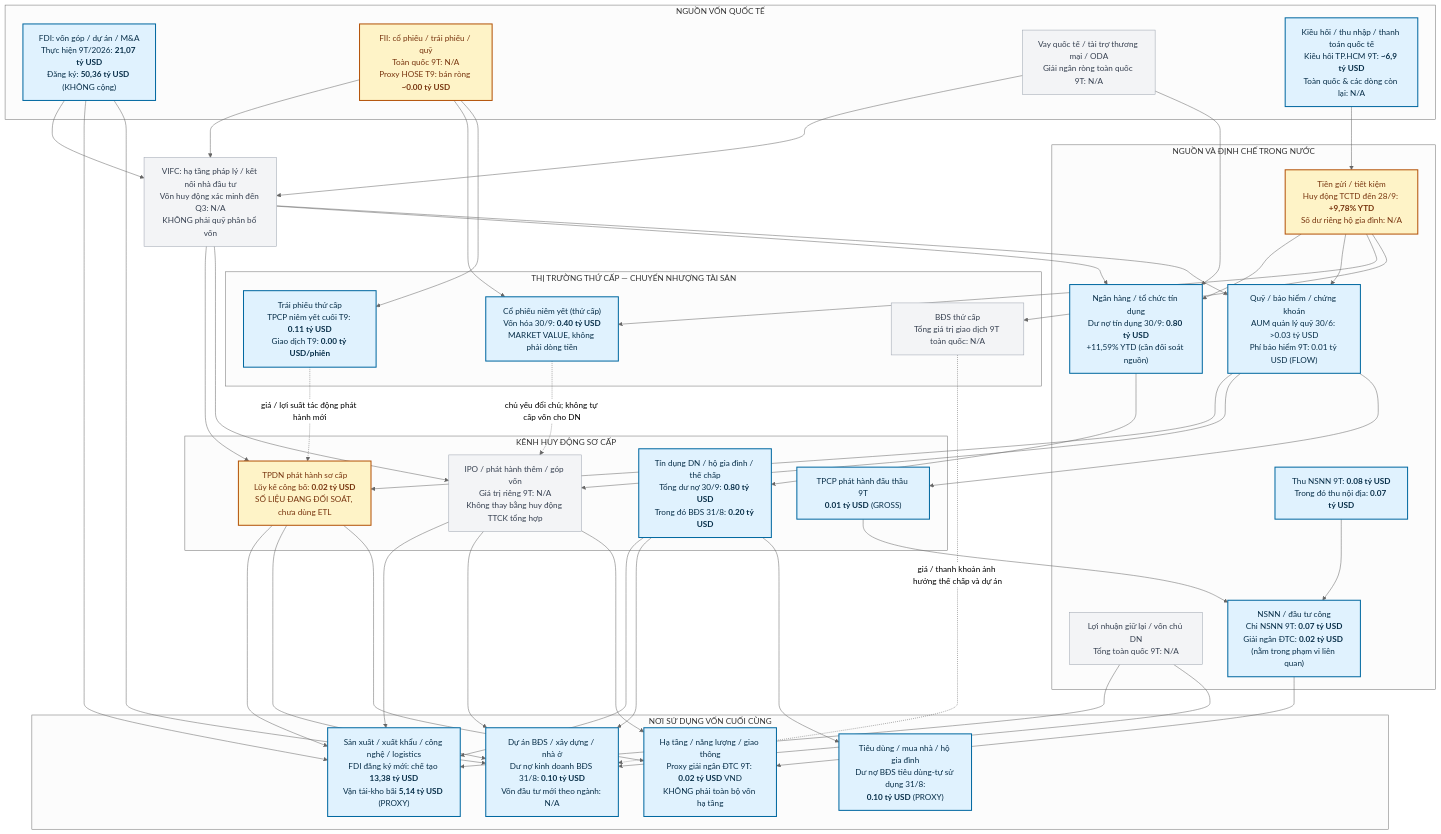
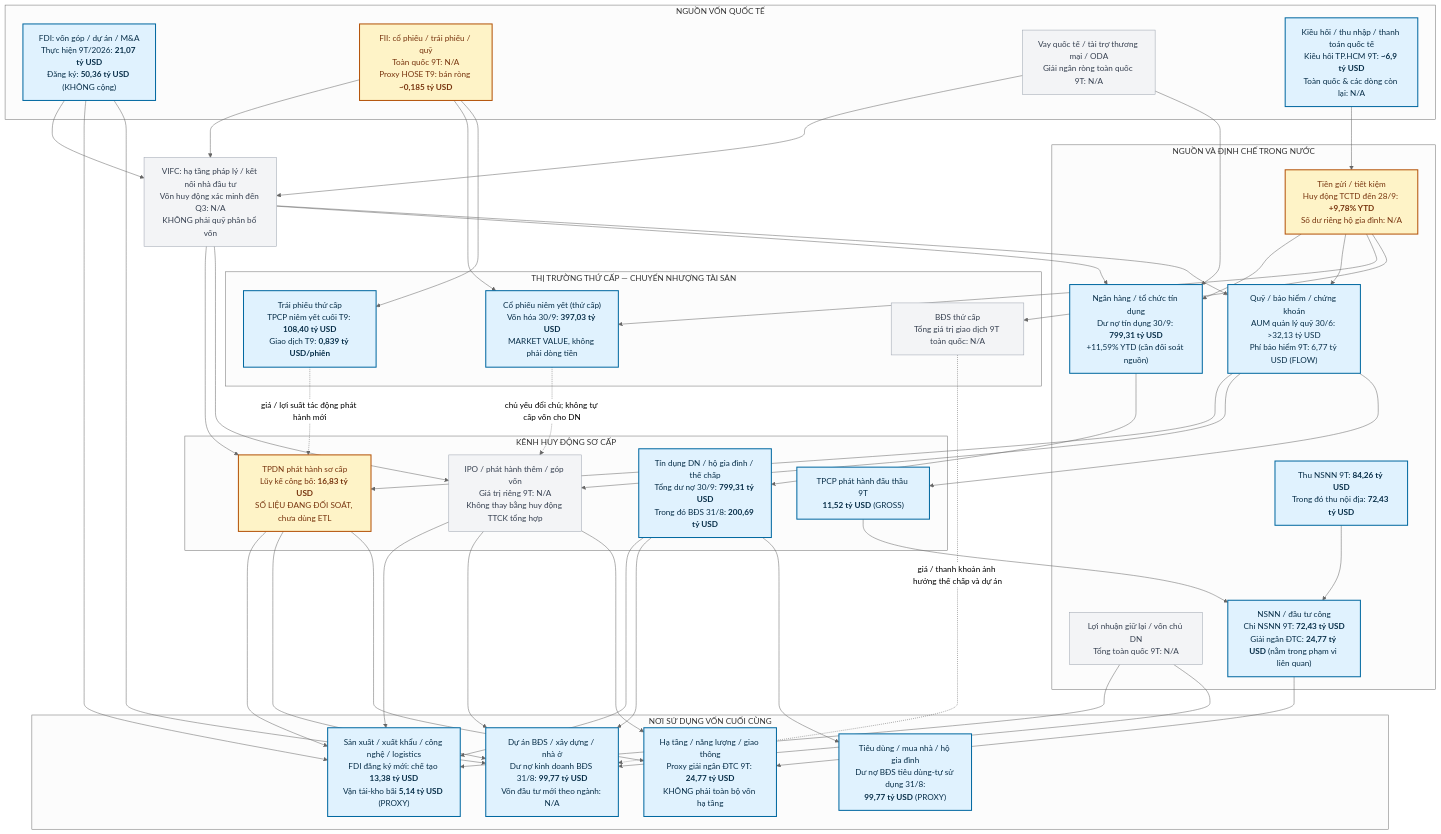
One commit to haithanh8x/CherryStock changed the diagram in docs/topics/Global_Vietnam_Macro/VN_CAPITAL_FLOW_MAP.md. Above: the diagram before and after it, drawn with Mermaid (neutral theme). The commit also changed other lines of this file, not shown here.

Commit message:
fix(macro): correct USD magnitude using 25,960 VND/USD and add FX methodology

````diff
--- a/docs/topics/Global_Vietnam_Macro/VN_CAPITAL_FLOW_MAP.md
+++ b/docs/topics/Global_Vietnam_Macro/VN_CAPITAL_FLOW_MAP.md
@@ -15,80 +15,80 @@
 ```mermaid
 %% Số tiền quy đổi sang USD theo 1 USD = 25.960 VND (30/09/2026)
 flowchart TB
   subgraph G["NGUỒN VỐN QUỐC TẾ"]
     FDI["FDI: vốn góp / dự án / M&A<br/>Thực hiện 9T/2026: <b>21,07 tỷ USD</b><br/>Đăng ký: <b>50,36 tỷ USD</b> (KHÔNG cộng)"]
-    FII["FII: cổ phiếu / trái phiếu / quỹ<br/>Toàn quốc 9T: N/A<br/>Proxy HOSE T9: bán ròng <b>~0.00 tỷ USD</b>"]
+    FII["FII: cổ phiếu / trái phiếu / quỹ<br/>Toàn quốc 9T: N/A<br/>Proxy HOSE T9: bán ròng <b>~0,185 tỷ USD</b>"]
     LOAN["Vay quốc tế / tài trợ thương mại / ODA<br/>Giải ngân ròng toàn quốc 9T: N/A"]
     REMIT["Kiều hối / thu nhập / thanh toán quốc tế<br/>Kiều hối TP.HCM 9T: <b>~6,9 tỷ USD</b><br/>Toàn quốc & các dòng còn lại: N/A"]
   end
   IFC["VIFC: hạ tầng pháp lý / kết nối nhà đầu tư<br/>Vốn huy động xác minh đến Q3: N/A<br/>KHÔNG phải quỹ phân bổ vốn"]
   subgraph D["NGUỒN VÀ ĐỊNH CHẾ TRONG NƯỚC"]
     SAVE["Tiền gửi / tiết kiệm<br/>Huy động TCTD đến 28/9: <b>+9,78% YTD</b><br/>Số dư riêng hộ gia đình: N/A"]
     RETAIN["Lợi nhuận giữ lại / vốn chủ DN<br/>Tổng toàn quốc 9T: N/A"]
-    TAX["Thu NSNN 9T: <b>0.08 tỷ USD</b><br/>Trong đó thu nội địa: <b>0.07 tỷ USD</b>"]
-    BANK["Ngân hàng / tổ chức tín dụng<br/>Dư nợ tín dụng 30/9: <b>0.80 tỷ USD</b><br/>+11,59% YTD (cần đối soát nguồn)"]
-    FUNDS["Quỹ / bảo hiểm / chứng khoán<br/>AUM quản lý quỹ 30/6: >0.03 tỷ USD<br/>Phí bảo hiểm 9T: 0.01 tỷ USD (FLOW)"]
-    STATE["NSNN / đầu tư công<br/>Chi NSNN 9T: <b>0.07 tỷ USD</b><br/>Giải ngân ĐTC: <b>0.02 tỷ USD</b> (nằm trong phạm vi liên quan)"]
+    TAX["Thu NSNN 9T: <b>84,26 tỷ USD</b><br/>Trong đó thu nội địa: <b>72,43 tỷ USD</b>"]
+    BANK["Ngân hàng / tổ chức tín dụng<br/>Dư nợ tín dụng 30/9: <b>799,31 tỷ USD</b><br/>+11,59% YTD (cần đối soát nguồn)"]
+    FUNDS["Quỹ / bảo hiểm / chứng khoán<br/>AUM quản lý quỹ 30/6: >32,13 tỷ USD<br/>Phí bảo hiểm 9T: 6,77 tỷ USD (FLOW)"]
+    STATE["NSNN / đầu tư công<br/>Chi NSNN 9T: <b>72,43 tỷ USD</b><br/>Giải ngân ĐTC: <b>24,77 tỷ USD</b> (nằm trong phạm vi liên quan)"]
   end
   subgraph P["KÊNH HUY ĐỘNG SƠ CẤP"]
-    CREDIT["Tín dụng DN / hộ gia đình / thế chấp<br/>Tổng dư nợ 30/9: <b>0.80 tỷ USD</b><br/>Trong đó BĐS 31/8: <b>0.20 tỷ USD</b>"]
-    BOND["TPDN phát hành sơ cấp<br/>Lũy kế công bố: <b>0.02 tỷ USD</b><br/>SỐ LIỆU ĐANG ĐỐI SOÁT, chưa dùng ETL"]
+    CREDIT["Tín dụng DN / hộ gia đình / thế chấp<br/>Tổng dư nợ 30/9: <b>799,31 tỷ USD</b><br/>Trong đó BĐS 31/8: <b>200,69 tỷ USD</b>"]
+    BOND["TPDN phát hành sơ cấp<br/>Lũy kế công bố: <b>16,83 tỷ USD</b><br/>SỐ LIỆU ĐANG ĐỐI SOÁT, chưa dùng ETL"]
     EQUITY["IPO / phát hành thêm / góp vốn<br/>Giá trị riêng 9T: N/A<br/>Không thay bằng huy động TTCK tổng hợp"]
-    GOVB["TPCP phát hành đấu thầu 9T<br/><b>0.01 tỷ USD</b> (GROSS)"]
+    GOVB["TPCP phát hành đấu thầu 9T<br/><b>11,52 tỷ USD</b> (GROSS)"]
   end
   subgraph U["NƠI SỬ DỤNG VỐN CUỐI CÙNG"]
     PROD["Sản xuất / xuất khẩu / công nghệ / logistics<br/>FDI đăng ký mới: chế tạo <b>13,38 tỷ USD</b><br/>Vận tải-kho bãi <b>5,14 tỷ USD</b> (PROXY)"]
-    RE["Dự án BĐS / xây dựng / nhà ở<br/>Dư nợ kinh doanh BĐS 31/8: <b>0.10 tỷ USD</b><br/>Vốn đầu tư mới theo ngành: N/A"]
-    INFRA["Hạ tầng / năng lượng / giao thông<br/>Proxy giải ngân ĐTC 9T: <b>0.02 tỷ USD</b> VND<br/>KHÔNG phải toàn bộ vốn hạ tầng"]
-    HOUSE["Tiêu dùng / mua nhà / hộ gia đình<br/>Dư nợ BĐS tiêu dùng-tự sử dụng 31/8:<br/><b>0.10 tỷ USD</b> (PROXY)"]
+    RE["Dự án BĐS / xây dựng / nhà ở<br/>Dư nợ kinh doanh BĐS 31/8: <b>99,77 tỷ USD</b><br/>Vốn đầu tư mới theo ngành: N/A"]
+    INFRA["Hạ tầng / năng lượng / giao thông<br/>Proxy giải ngân ĐTC 9T: <b>24,77 tỷ USD</b><br/>KHÔNG phải toàn bộ vốn hạ tầng"]
+    HOUSE["Tiêu dùng / mua nhà / hộ gia đình<br/>Dư nợ BĐS tiêu dùng-tự sử dụng 31/8:<br/><b>99,77 tỷ USD</b> (PROXY)"]
   end
   subgraph S["THỊ TRƯỜNG THỨ CẤP — CHUYỂN NHƯỢNG TÀI SẢN"]
-    STOCK["Cổ phiếu niêm yết (thứ cấp)<br/>Vốn hóa 30/9: <b>0.40 tỷ USD</b><br/>MARKET VALUE, không phải dòng tiền"]
-    TBOND["Trái phiếu thứ cấp<br/>TPCP niêm yết cuối T9: <b>0.11 tỷ USD</b><br/>Giao dịch T9: <b>0.00 tỷ USD/phiên</b>"]
+    STOCK["Cổ phiếu niêm yết (thứ cấp)<br/>Vốn hóa 30/9: <b>397,03 tỷ USD</b><br/>MARKET VALUE, không phải dòng tiền"]
+    TBOND["Trái phiếu thứ cấp<br/>TPCP niêm yết cuối T9: <b>108,40 tỷ USD</b><br/>Giao dịch T9: <b>0,839 tỷ USD/phiên</b>"]
     PROP["BĐS thứ cấp<br/>Tổng giá trị giao dịch 9T toàn quốc: N/A"]
   end
   FDI --> IFC
   FII --> IFC
   LOAN --> IFC
   IFC --> BANK
   IFC --> FUNDS
   IFC --> BOND
   IFC --> EQUITY
   FDI --> PROD
   FDI --> RE
   LOAN --> BANK
   REMIT --> SAVE
   SAVE --> BANK
   SAVE --> FUNDS
   RETAIN --> PROD
   RETAIN --> RE
   TAX --> STATE
   BANK --> CREDIT
   FUNDS --> BOND
   FUNDS --> EQUITY
   FUNDS --> GOVB
   STATE --> INFRA
   GOVB --> STATE
   CREDIT --> PROD
   CREDIT --> RE
   CREDIT --> HOUSE
   BOND --> PROD
   BOND --> RE
   BOND --> INFRA
   EQUITY --> PROD
   EQUITY --> RE
   EQUITY --> INFRA
   FII --> STOCK
   FII --> TBOND
   SAVE --> STOCK
   SAVE --> PROP
   STOCK -. "chủ yếu đổi chủ; không tự cấp vốn cho DN" .-> EQUITY
   TBOND -. "giá / lợi suất tác động phát hành mới" .-> BOND
   PROP -. "giá / thanh khoản ảnh hưởng thế chấp và dự án" .-> RE
   classDef quantified fill:#e0f2fe,stroke:#0369a1,stroke-width:2px,color:#082f49
   classDef partial fill:#fef3c7,stroke:#b45309,stroke-width:2px,color:#78350f
   classDef missing fill:#f3f4f6,stroke:#9ca3af,stroke-width:1px,color:#374151
   class FDI,REMIT,TAX,BANK,FUNDS,STATE,CREDIT,GOVB,PROD,RE,INFRA,HOUSE,STOCK,TBOND quantified
   class FII,SAVE,BOND partial
   class LOAN,IFC,RETAIN,EQUITY,PROP missing
 ```
````
